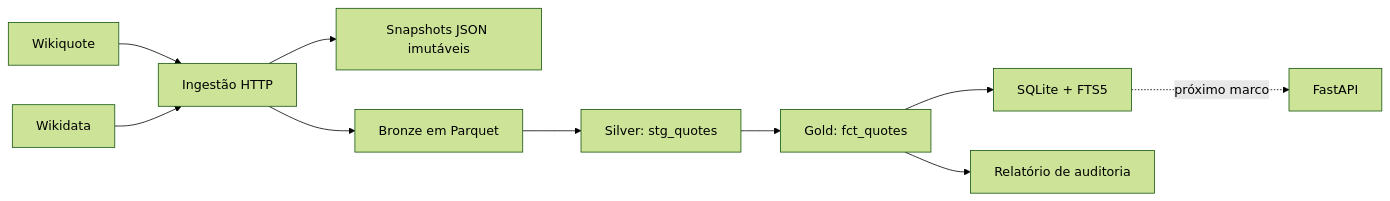
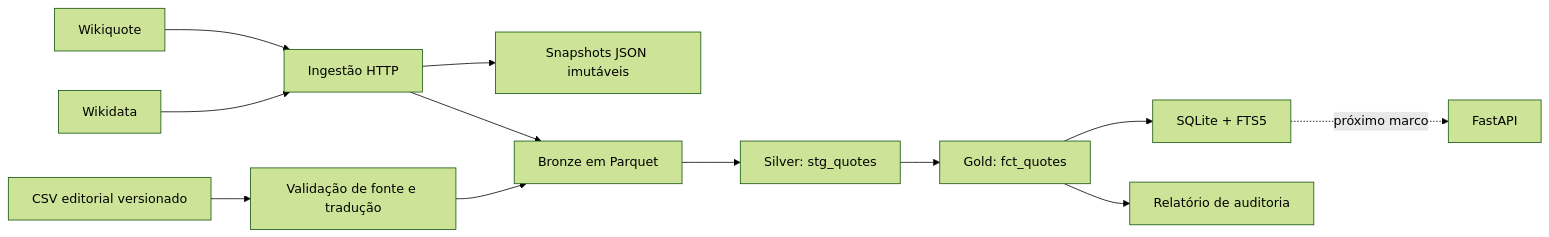
Before and after one commit to leonardo-michelotti/sisyphus-api: the diagram in docs/DATA_PIPELINE.md, drawn with Mermaid (forest theme). The commit also changed other lines of this file and 14 other files, not shown here.

````diff
--- a/docs/DATA_PIPELINE.md
+++ b/docs/DATA_PIPELINE.md
@@ -17,12 +17,14 @@
 ```mermaid
 flowchart LR
     WQ[Wikiquote] --> ING[Ingestão HTTP]
     WD[Wikidata] --> ING
+    ED[CSV editorial versionado] --> VAL[Validação de fonte e tradução]
     ING --> RAW[Snapshots JSON imutáveis]
     ING --> BR[Bronze em Parquet]
+    VAL --> BR
     BR --> STG[Silver: stg_quotes]
     STG --> GOLD[Gold: fct_quotes]
     GOLD --> DB[SQLite + FTS5]
     GOLD --> QA[Relatório de auditoria]
     DB -. próximo marco .-> API[FastAPI]
 ```
````
